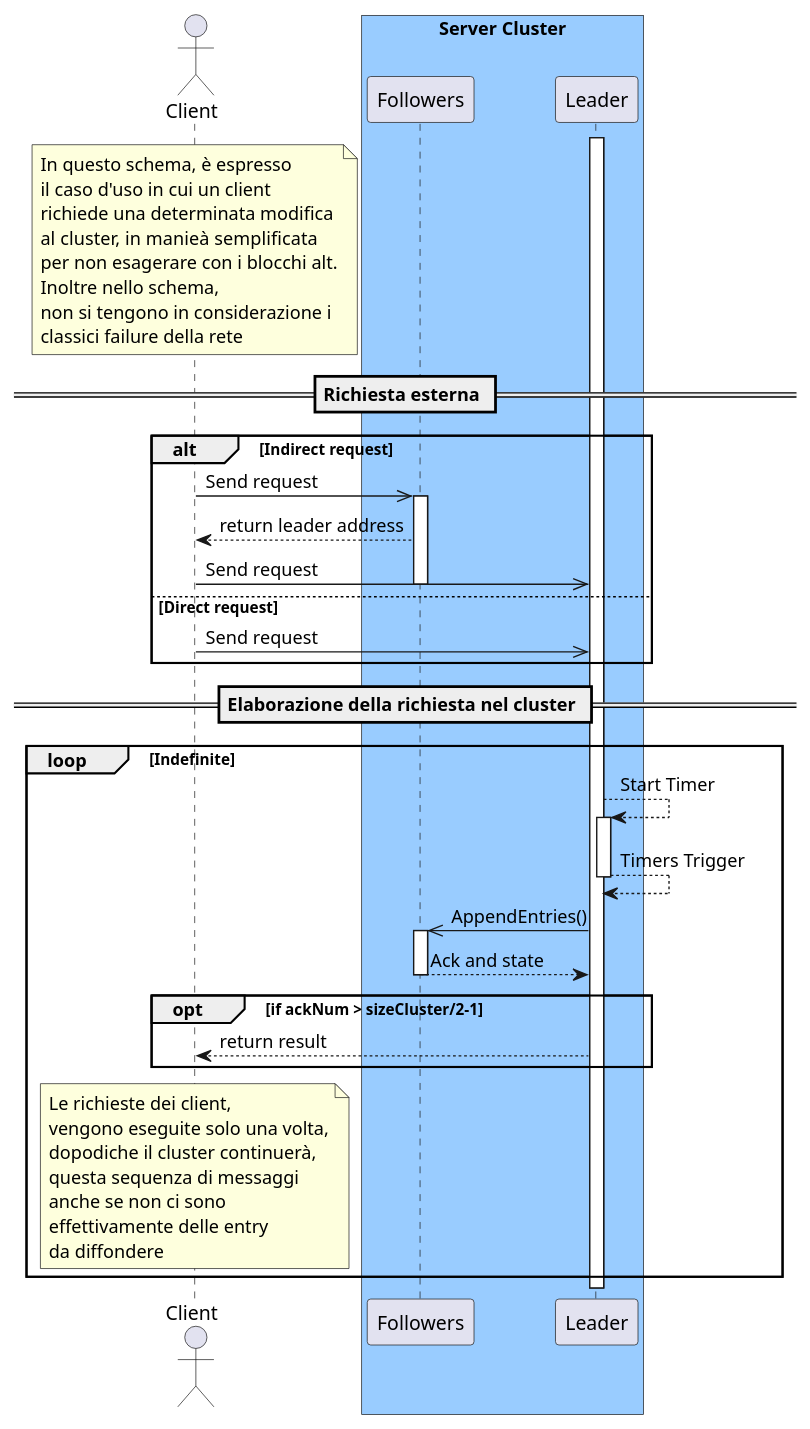
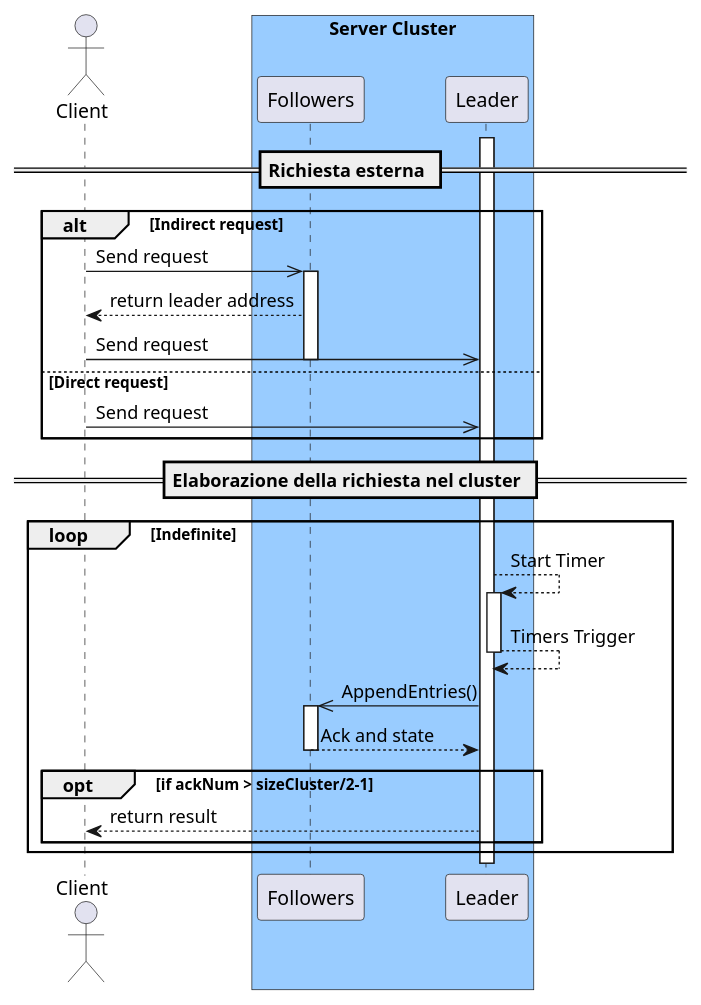
One commit to thedevstone/akka-raft changed the diagram in doc/plantuml/SeqDiagram/ClientRequest.plantuml. Above: the diagram before and after it, drawn with PlantUML. The commit also changed 11 other files, not shown here.

```diff
--- a/doc/plantuml/SeqDiagram/ClientRequest.plantuml
+++ b/doc/plantuml/SeqDiagram/ClientRequest.plantuml
@@ -1,52 +1,52 @@
 @startuml
     
   actor "Client"  
   box "Server Cluster" #99CCFF
     participant "Followers" as Followers
     participant "Leader" as Leader
 	end box
   activate Leader
 
-  note Over Client 
+ /' note Over Client 
     In questo schema, è espresso 
     il caso d'uso in cui un client 
     richiede una determinata modifica
     al cluster, in manieà semplificata
     per non esagerare con i blocchi alt.
     Inoltre nello schema,
     non si tengono in considerazione i
     classici failure della rete
-  end note
+  end note'/
   == Richiesta esterna ==
   alt Indirect request
   Client ->> Followers : Send request 
   activate Followers
   Followers --> Client : return leader address
   Client ->> Leader : Send request
   deactivate Followers
   else Direct request
   Client ->> Leader : Send request
   end group
   == Elaborazione della richiesta nel cluster ==
   loop Indefinite
     Leader --> Leader ++ : Start Timer
     return Timers Trigger
     Leader ->> Followers : AppendEntries()
 
     activate Followers
     Followers --> Leader : Ack and state
     deactivate Followers
       opt if ackNum > sizeCluster/2-1
         Leader --> Client : return result
     end group
-    note Over Client 
+    /'note Over Client 
       Le richieste dei client, 
       vengono eseguite solo una volta,
       dopodiche il cluster continuerà,
       questa sequenza di messaggi
       anche se non ci sono 
       effettivamente delle entry
       da diffondere
-    end note
+    end note'/
   end group
 @enduml
```
